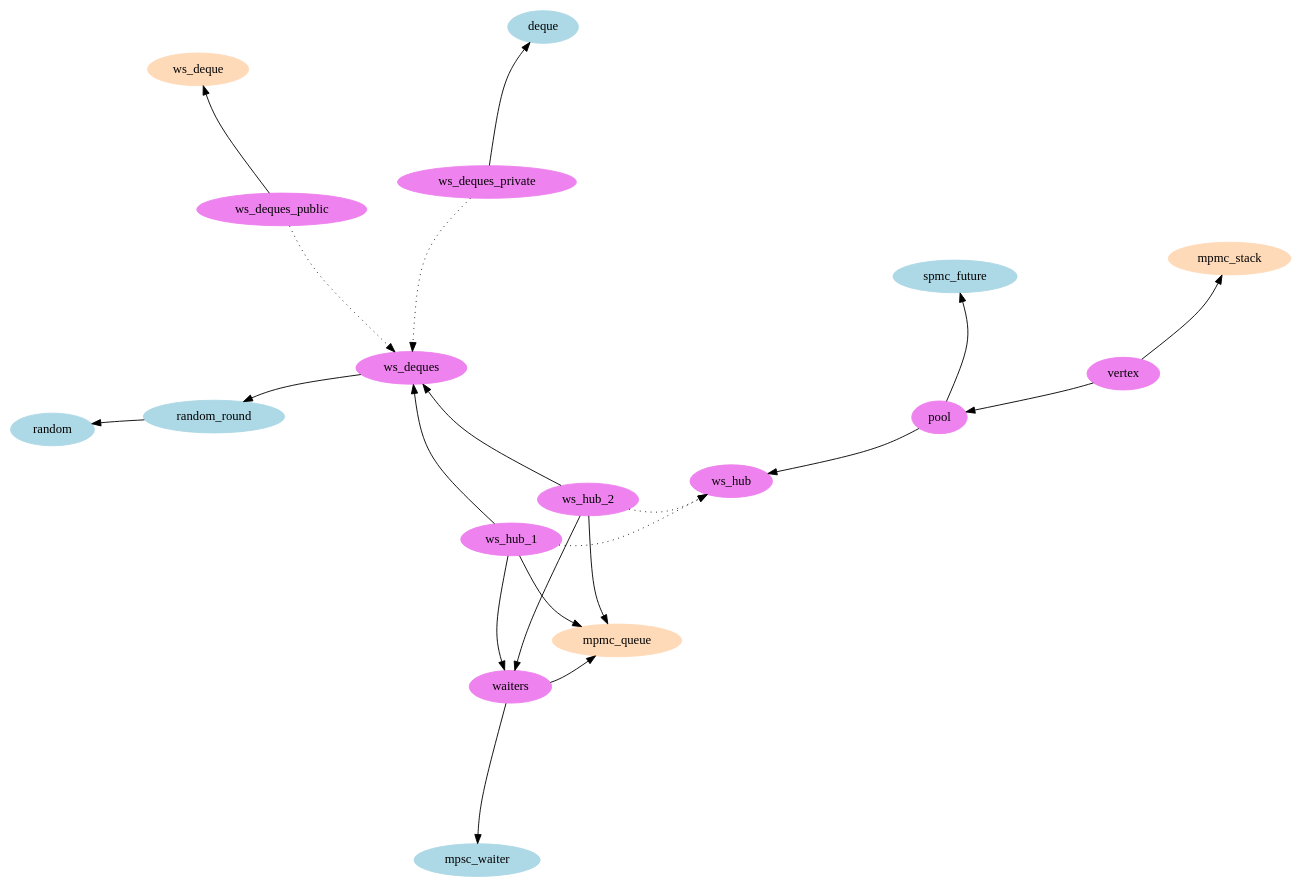
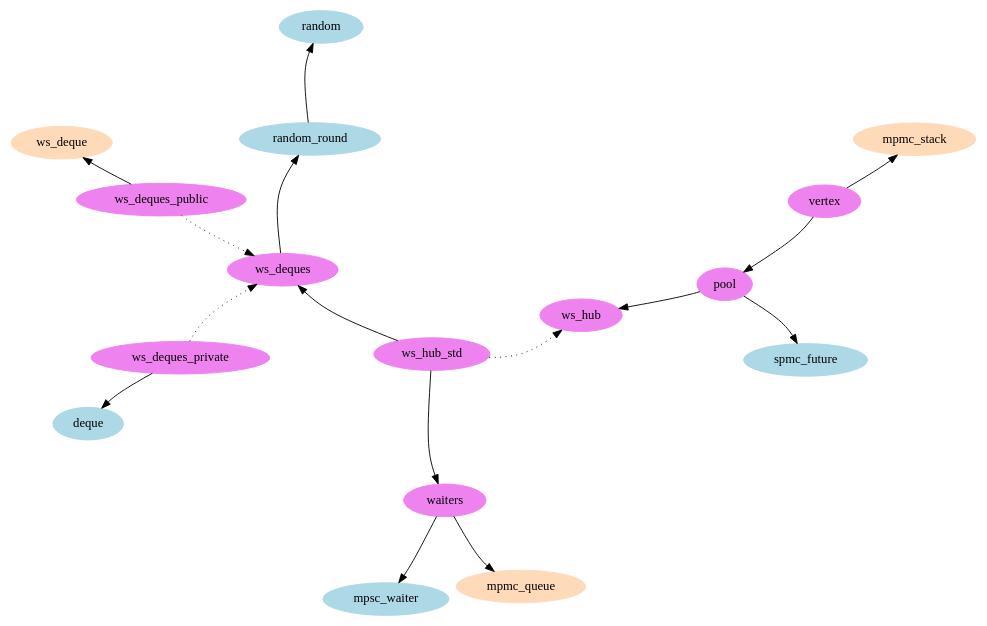
One commit to clef-men/zoo changed the diagram in doc/parabs.dot. Above: the diagram before and after it, drawn with Graphviz. The commit also changed 4 other files, not shown here.

Commit message:
Remove parabs/ws_hub_2 and rename parabs/ws_hub_1 into parabs/ws_hub_std.

```diff
--- a/doc/parabs.dot
+++ b/doc/parabs.dot
@@ -1,66 +1,59 @@
 digraph {
 	layout=sfdp
 	overlap=false
 	splines=curved
 
 	subgraph cluster_std {
 		label="std"
 		node [style=filled, color=lightblue]
 		random [label="random"]
 		random_round [label="random_round"]
 		deque [label="deque"]
 		mpsc_waiter [label="mpsc_waiter"]
 		spmc_future [label="spmc_future"]
 	}
 
 	subgraph cluster_saturn {
 		label="saturn"
 		node [style=filled, color=peachpuff]
 		mpmc_stack [label="mpmc_stack"]
 		mpmc_queue [label="mpmc_queue"]
 		ws_deque [label="ws_deque"]
 	}
 
 	subgraph cluster_parabs {
 		label="parabs"
 		node [style=filled, color=violet]
 		ws_deques [label="ws_deques"]
 		ws_deques_public [label="ws_deques_public"]
 		ws_deques_private [label="ws_deques_private"]
 		waiters [label="waiters"]
 		ws_hub [label="ws_hub"]
-		ws_hub_1 [label="ws_hub_1"]
-		ws_hub_2 [label="ws_hub_2"]
+		ws_hub_std [label="ws_hub_std"]
 		pool [label="pool"]
 		vertex [label="vertex"]
 	}
 
 	random_round -> random
 
 	ws_deques_public -> ws_deque
 	ws_deques_public -> ws_deques [style=dotted]
 
 	ws_deques_private -> deque
 	ws_deques_private -> ws_deques [style=dotted]
 
 	ws_deques -> random_round
 
 	waiters -> mpsc_waiter
 	waiters -> mpmc_queue
 
-	ws_hub_1 -> mpmc_queue
-	ws_hub_1 -> ws_deques
-	ws_hub_1 -> waiters
-	ws_hub_1 -> ws_hub [style=dotted]
-
-	ws_hub_2 -> mpmc_queue
-	ws_hub_2 -> ws_deques
-	ws_hub_2 -> waiters
-	ws_hub_2 -> ws_hub [style=dotted]
+	ws_hub_std -> ws_deques
+	ws_hub_std -> waiters
+	ws_hub_std -> ws_hub [style=dotted]
 
 	pool -> spmc_future
 	pool -> ws_hub
 
 	vertex -> mpmc_stack
 	vertex -> pool
 }
```
